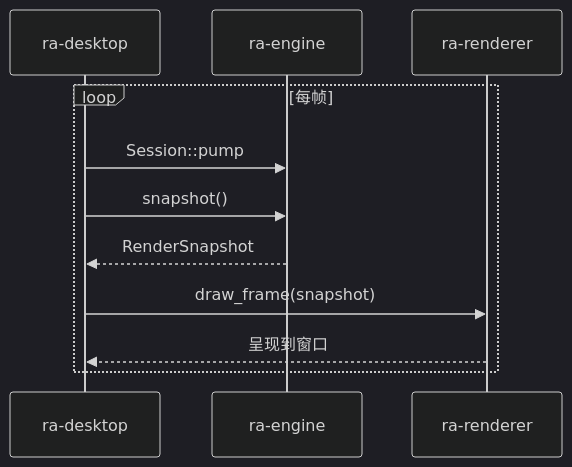
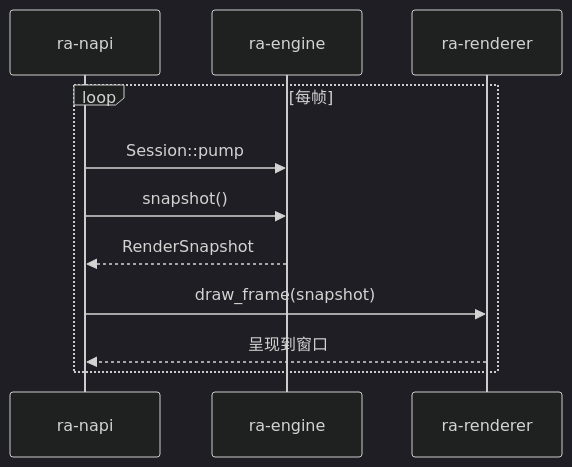
One commit to rust-alert/ra2.exe changed the second of 4 diagrams in projects/engine/ra-renderer/readme.md. Above: the diagram before and after it, drawn with Mermaid (dark theme). The commit also changed other lines of this file and 14 other files, not shown here.

````diff
--- a/projects/engine/ra-renderer/readme.md
+++ b/projects/engine/ra-renderer/readme.md
@@ -22,14 +22,14 @@
 ```mermaid
 sequenceDiagram
-    participant Desk as ra-desktop
+    participant Desk as ra-napi
     participant Eng as ra-engine
     participant Ren as ra-renderer
 
     loop 每帧
         Desk ->> Eng: Session::pump
         Desk ->> Eng: snapshot()
         Eng -->> Desk: RenderSnapshot
         Desk ->> Ren: draw_frame(snapshot)
         Ren -->> Desk: 呈现到窗口
     end
 ```
````
